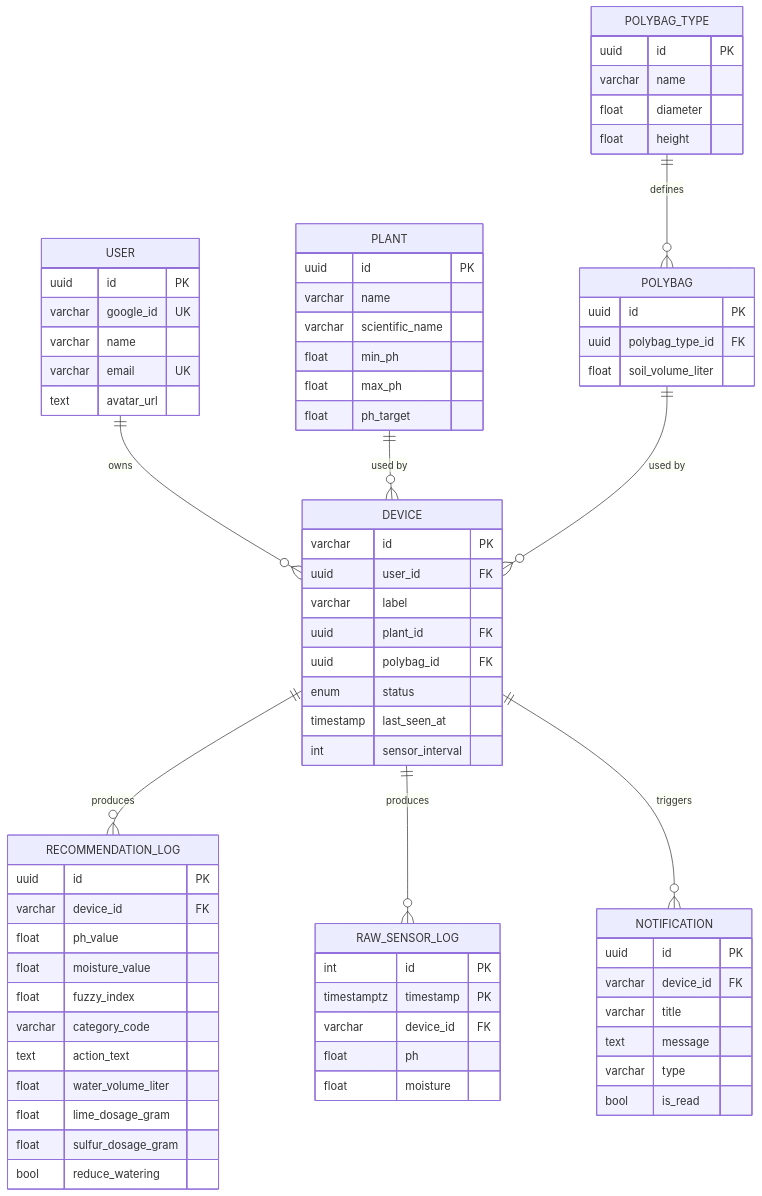
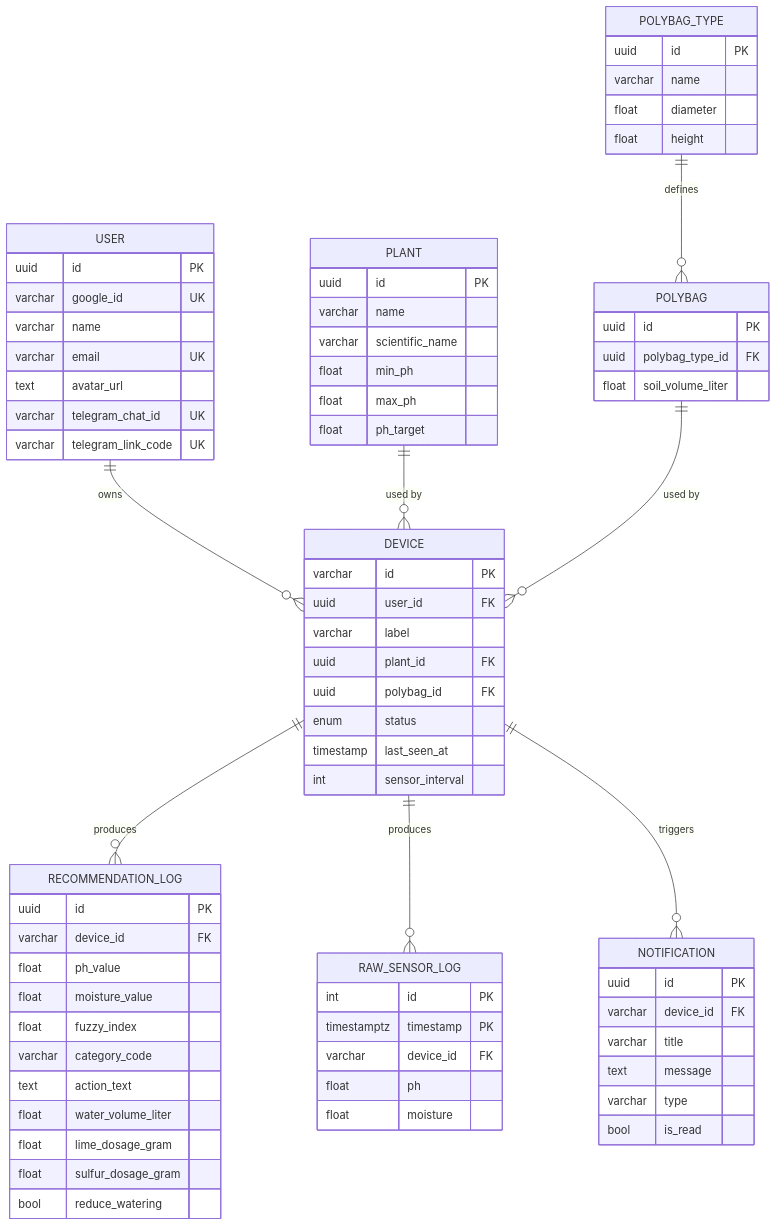
One commit to Capstone2026-E04/Subur.in changed the diagram in docs/architecture/database-schema.md. Above: the diagram before and after it, drawn with Mermaid. The commit also changed other lines of this file and 14 other files, not shown here.

First line of the commit message:
docs: catch up docs/ with Telegram feature and recent code changes

````diff
--- a/docs/architecture/database-schema.md
+++ b/docs/architecture/database-schema.md
@@ -20,75 +20,77 @@
 ```mermaid
 erDiagram
     USER ||--o{ DEVICE : owns
     PLANT ||--o{ DEVICE : "used by"
     POLYBAG ||--o{ DEVICE : "used by"
     POLYBAG_TYPE ||--o{ POLYBAG : defines
     DEVICE ||--o{ RECOMMENDATION_LOG : produces
     DEVICE ||--o{ RAW_SENSOR_LOG : produces
     DEVICE ||--o{ NOTIFICATION : triggers
 
     USER {
         uuid id PK
         varchar google_id UK
         varchar name
         varchar email UK
         text avatar_url
+        varchar telegram_chat_id UK
+        varchar telegram_link_code UK
     }
     DEVICE {
         varchar id PK
         uuid user_id FK
         varchar label
         uuid plant_id FK
         uuid polybag_id FK
         enum status
         timestamp last_seen_at
         int sensor_interval
     }
     PLANT {
         uuid id PK
         varchar name
         varchar scientific_name
         float min_ph
         float max_ph
         float ph_target
     }
     POLYBAG_TYPE {
         uuid id PK
         varchar name
         float diameter
         float height
     }
     POLYBAG {
         uuid id PK
         uuid polybag_type_id FK
         float soil_volume_liter
     }
     RECOMMENDATION_LOG {
         uuid id PK
         varchar device_id FK
         float ph_value
         float moisture_value
         float fuzzy_index
         varchar category_code
         text action_text
         float water_volume_liter
         float lime_dosage_gram
         float sulfur_dosage_gram
         bool reduce_watering
     }
     RAW_SENSOR_LOG {
         int id PK
         timestamptz timestamp PK
         varchar device_id FK
         float ph
         float moisture
     }
     NOTIFICATION {
         uuid id PK
         varchar device_id FK
         varchar title
         text message
         varchar type
         bool is_read
     }
 ```
````
